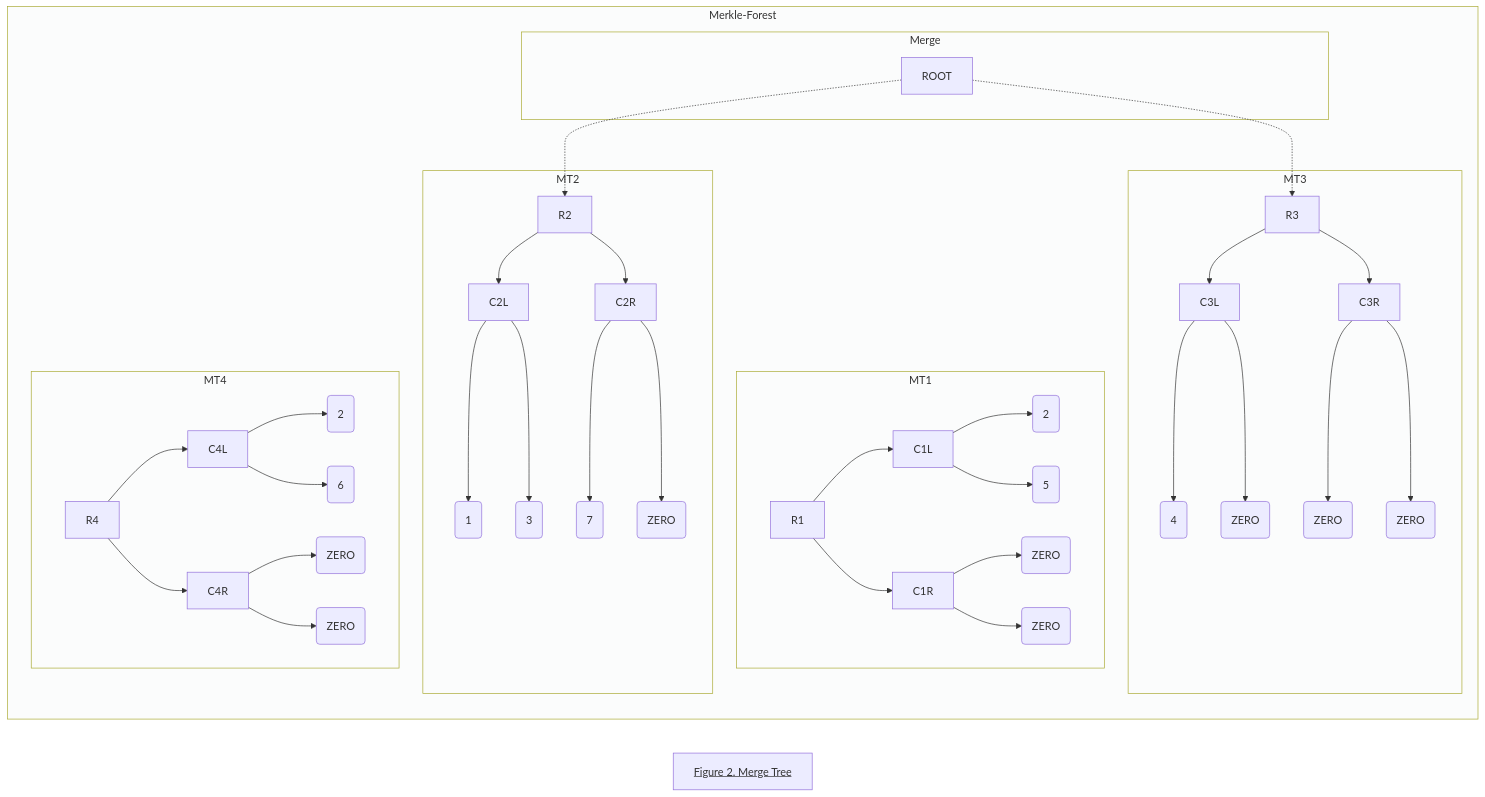
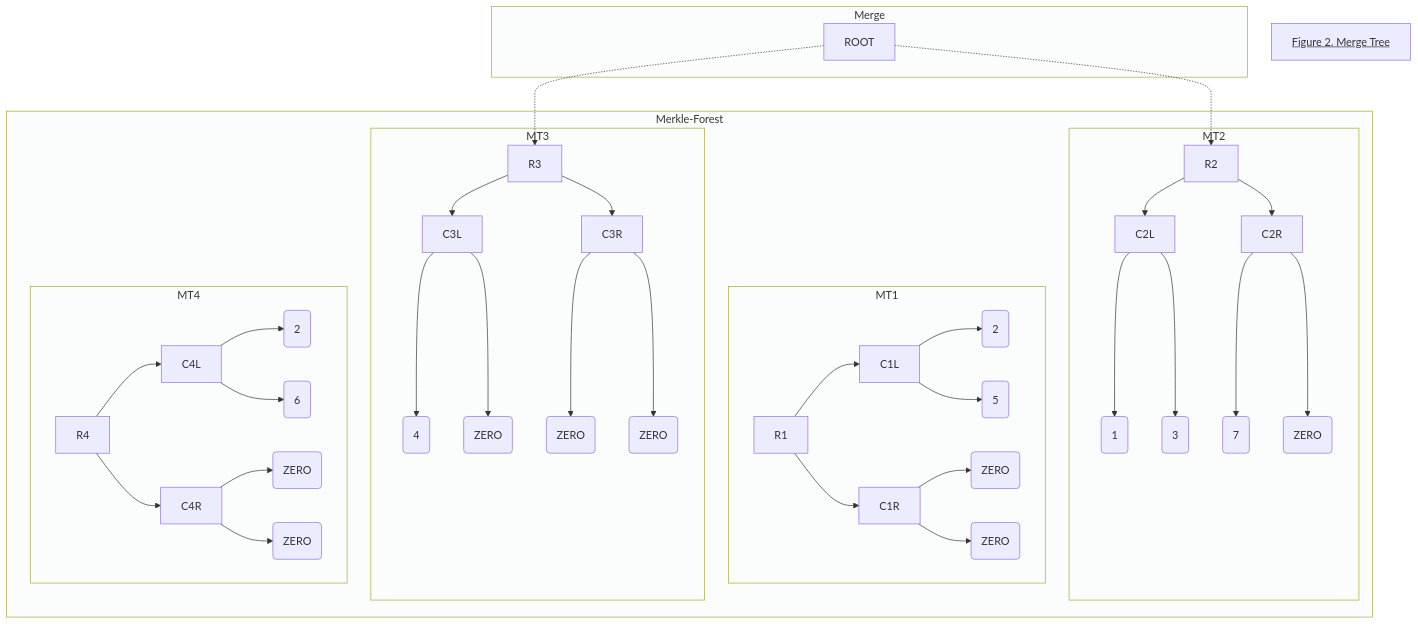
One commit to Poseidon-ZKP/merkle-forest changed the second of 2 diagrams in README.md. Above: the diagram before and after it, drawn with Mermaid.

Commit message:
refine pic

````diff
--- a/README.md
+++ b/README.md
@@ -86,43 +86,45 @@
 ```mermaid
-    flowchart LR;
+    flowchart TD;
         title[<u>Figure 2. Merge Tree </u>]
         style Merkle-Forest fill:#FBFCFC
         style Merge fill:#FBFCFC
         style MT1 fill:#FBFCFC
         style MT2 fill:#FBFCFC
         style MT3 fill:#FBFCFC
         style MT4 fill:#FBFCFC
 
         subgraph Merkle-Forest
-            subgraph Merge
-                ROOT
-            end
-            ROOT -.-> R2 & R3;
 
             subgraph MT1
                 R1 --> C1L & C1R;
                 C1L-->1LL(2) & 1LR(5)
                 C1R-->1RL(ZERO) & 1RR(ZERO)
             end
 
             subgraph MT2
                 R2 --> C2L & C2R;
                 C2L-->2LL(1) & 2LR(3)
                 C2R-->2RL(7) & 2RR(ZERO)
             end
 
             subgraph MT3
                 R3 --> C3L & C3R;
                 C3L-->3LL(4) & 3LR(ZERO)
                 C3R-->3RL(ZERO) & 3RR(ZERO)
             end
 
             subgraph MT4
                 R4 --> C4L & C4R;
                 C4L-->4LL(2) & 4LR(6)
                 C4R-->4RL(ZERO) & 4RR(ZERO)
             end
 
         end
 
+        subgraph Merge
+            ROOT
+        end
+        ROOT -.-> R2 & R3;
+
+
 ```
````
